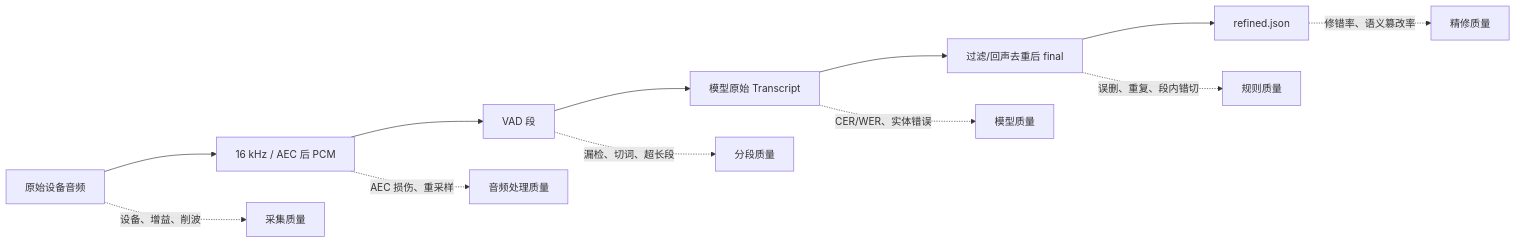
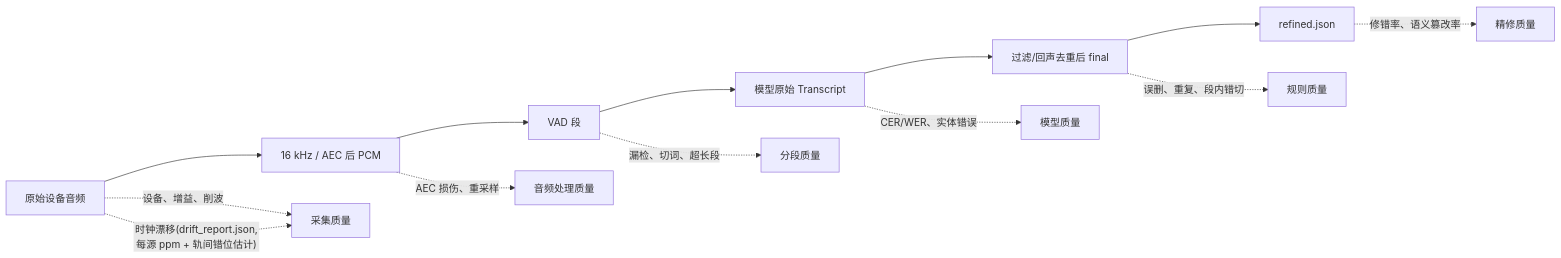
Before and after one commit to SoulZhong/voice-notes: the eighth of 8 diagrams in docs/asr-pipeline.md, drawn with Mermaid. The commit also changed 23 other files, not shown here.

````diff
--- a/docs/asr-pipeline.md
+++ b/docs/asr-pipeline.md
@@ -393,10 +393,11 @@
 ```mermaid
 flowchart LR
     A["原始设备音频"] --> B["16 kHz / AEC 后 PCM"] --> C["VAD 段"] --> D["模型原始 Transcript"] --> E["过滤/回声去重后 final"] --> F["refined.json"]
     A -. "设备、增益、削波" .-> QA["采集质量"]
     B -. "AEC 损伤、重采样" .-> QB["音频处理质量"]
     C -. "漏检、切词、超长段" .-> QC["分段质量"]
     D -. "CER/WER、实体错误" .-> QD["模型质量"]
     E -. "误删、重复、段内错切" .-> QE["规则质量"]
     F -. "修错率、语义篡改率" .-> QF["精修质量"]
+    A -. "时钟漂移(drift_report.json,每源 ppm + 轨间错位估计)" .-> QA
 ```
````
